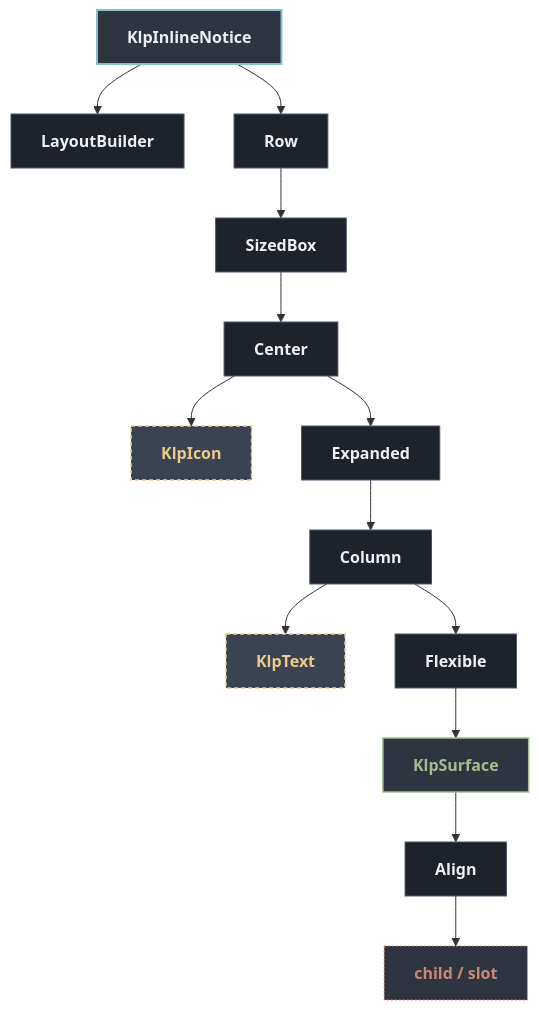
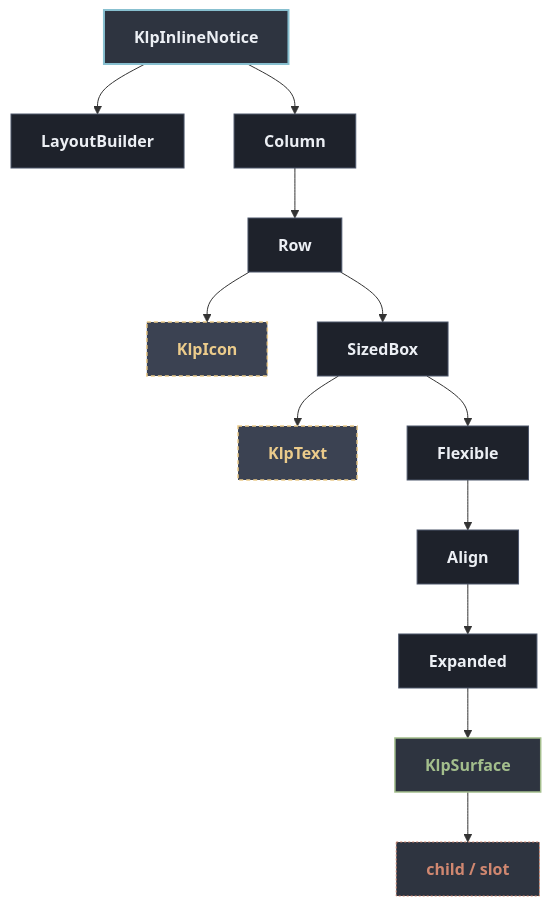
The diagram in docs/architecture/components/feedback/klp_inline_notice.md (MiuDog/Kallopis), drawn with Mermaid before and after one commit. The commit also changed other lines of this file and 1105 other files, not shown here.

Commit message:
refactor: establish semantic design architecture

````diff
--- a/docs/architecture/components/feedback/klp_inline_notice.md
+++ b/docs/architecture/components/feedback/klp_inline_notice.md
@@ -13,34 +13,32 @@
 ```mermaid
 flowchart TD
   classDef default fill:#1E222B,stroke:#4C566A,stroke-width:1px,color:#ECEFF4;
   classDef root fill:#2E3440,stroke:#88C0D0,stroke-width:2px,color:#ECEFF4,font-weight:bold;
   classDef reference fill:#3B4252,stroke:#EBCB8B,stroke-width:1.5px,stroke-dasharray: 4 3,color:#EBCB8B;
   classDef container fill:#2E3440,stroke:#A3BE8C,stroke-width:1.5px,color:#A3BE8C;
   classDef slot fill:#2E3440,stroke:#D08770,stroke-width:1px,stroke-dasharray: 2 2,color:#D08770;
 
   root["KlpInlineNotice"]:::root
   n1["LayoutBuilder"]
   root --> n1
-  n2["Row"]
+  n2["Column"]
   root --> n2
-  n3["SizedBox"]
+  n3["Row"]
   n2 --> n3
-  n4["Center"]
+  n4["KlpIcon"]:::reference
   n3 --> n4
-  n5["KlpIcon"]:::reference
-  n4 --> n5
-  n6["Expanded"]
-  n4 --> n6
-  n7["Column"]
-  n6 --> n7
-  n8["KlpText"]:::reference
+  n5["SizedBox"]
+  n3 --> n5
+  n6["KlpText"]:::reference
+  n5 --> n6
+  n7["Flexible"]
+  n5 --> n7
+  n8["Align"]
   n7 --> n8
-  n9["Flexible"]
-  n7 --> n9
+  n9["Expanded"]
+  n8 --> n9
   n10["KlpSurface"]:::container
   n9 --> n10
-  n11["Align"]
+  n11["child / slot"]:::slot
   n10 --> n11
-  n12["child / slot"]:::slot
-  n11 --> n12
 ```
````
